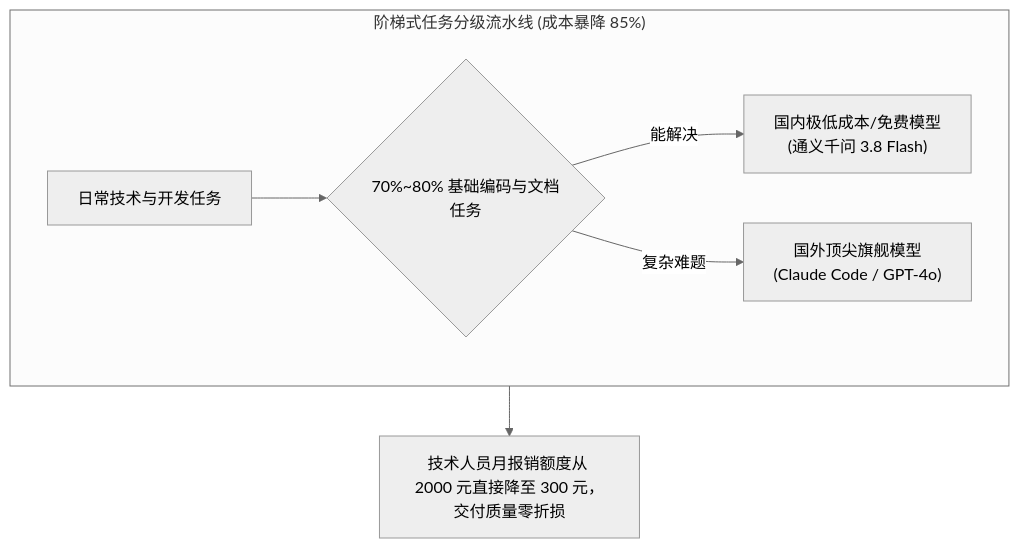
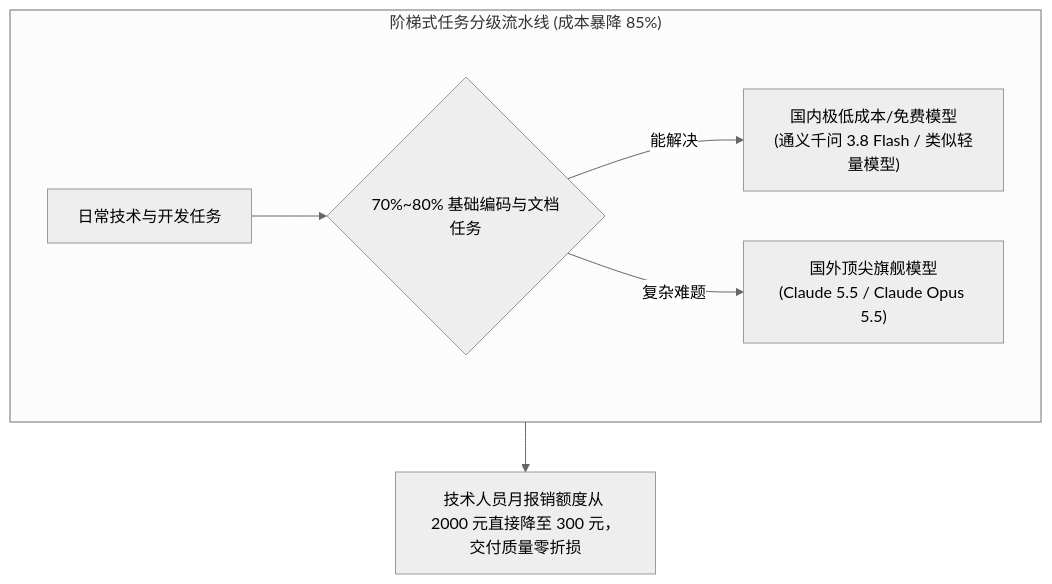
One commit to dollarser/knowledge changed diagram 13 of 16 in content/live-20261102-01.md. Above: the diagram before and after it, drawn with Mermaid (neutral theme). The commit also changed other lines of this file and 1 other file, not shown here.

````diff
--- a/content/live-20261102-01.md
+++ b/content/live-20261102-01.md
@@ -276,10 +436,10 @@
 ```mermaid
 flowchart TD
     subgraph Tier["阶梯式任务分级流水线 (成本暴降 85%)"]
         Q["日常技术与开发任务"] --> Step1{"70%~80% 基础编码与文档任务"}
-        Step1 -- 能解决 --> L1["国内极低成本/免费模型<br/>(通义千问 3.8 Flash)"]
-        Step1 -- 复杂难题 --> L2["国外顶尖旗舰模型<br/>(Claude Code / GPT-4o)"]
+        Step1 -- 能解决 --> L1["国内极低成本/免费模型<br/>(通义千问 3.8 Flash / 类似轻量模型)"]
+        Step1 -- 复杂难题 --> L2["国外顶尖旗舰模型<br/>(Claude 5.5 / Claude Opus 5.5)"]
     end
 
     Tier --> Result["技术人员月报销额度从 2000 元直接降至 300 元，交付质量零折损"]
 ```
````
